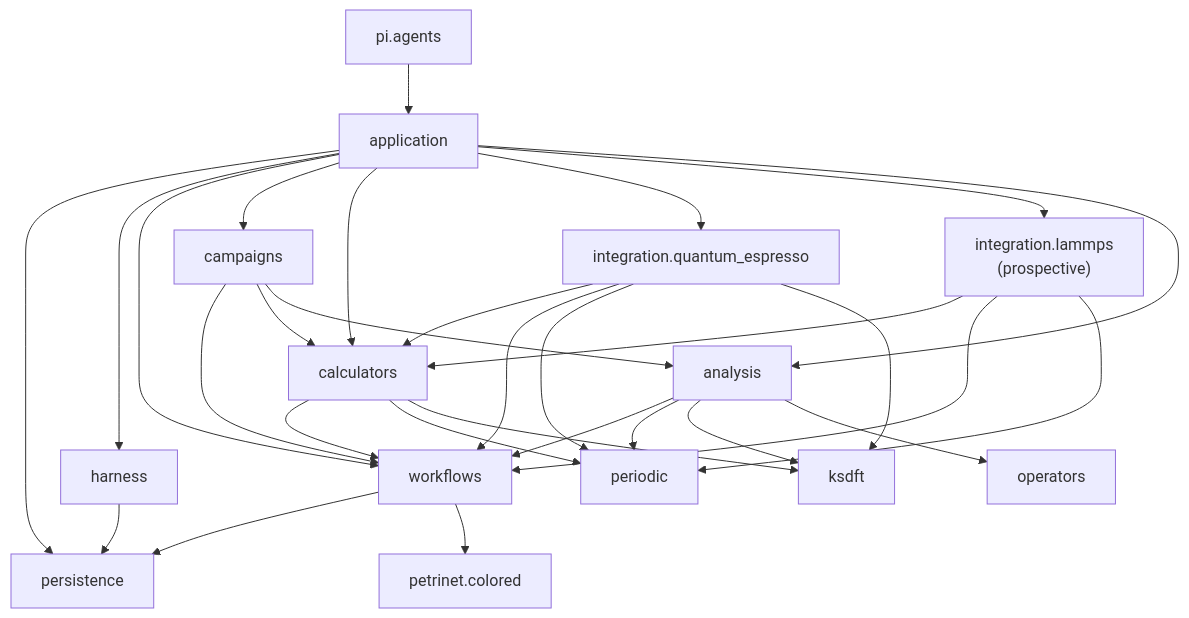
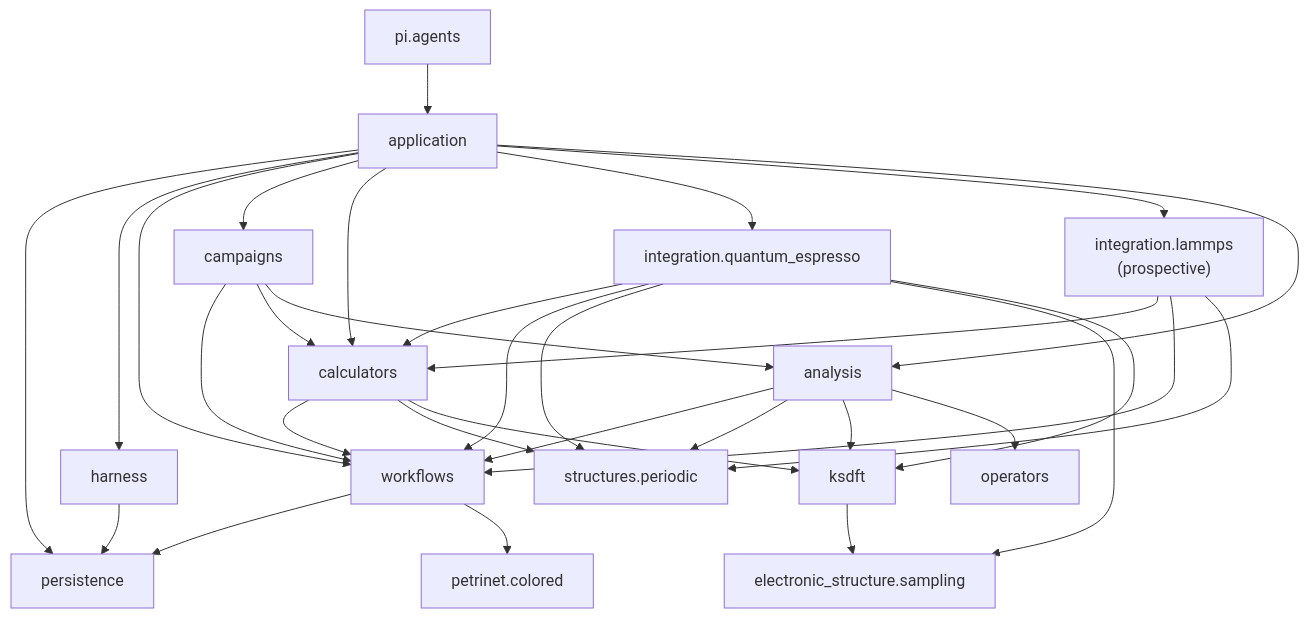
Before and after one commit to eragasa/ksdft2effmass: the diagram in docs/architecture/v2/ksdft2effmass/index.md, drawn with Mermaid. The commit also changed other lines of this file and 73 other files, not shown here.

Commit message:
Complete periodic structures migration

````diff
--- a/docs/architecture/v2/ksdft2effmass/index.md
+++ b/docs/architecture/v2/ksdft2effmass/index.md
@@ -9,47 +9,50 @@
 ```mermaid
 flowchart TB
     app["application"]
     persistence["persistence"]
     harness["harness"]
     workflows["workflows"]
     petrinet["petrinet.colored"]
     campaigns["campaigns"]
     calculators["calculators"]
     qe_integration["integration.quantum_espresso"]
     lammps_integration["integration.lammps<br/>(prospective)"]
-    periodic["periodic"]
+    structures["structures.periodic"]
+    sampling["electronic_structure.sampling"]
     ksdft["ksdft"]
     operators["operators"]
     analysis["analysis"]
     pi_agents["pi.agents"]
 
     pi_agents --> app
     app --> persistence
     app --> harness
     app --> workflows
     app --> campaigns
     app --> calculators
     app --> qe_integration
     app --> lammps_integration
     app --> analysis
     harness --> persistence
     workflows --> persistence
     workflows --> petrinet
     campaigns --> workflows
     campaigns --> calculators
     campaigns --> analysis
     calculators --> workflows
-    calculators --> periodic
+    calculators --> structures
     calculators --> ksdft
     qe_integration --> calculators
     qe_integration --> workflows
-    qe_integration --> periodic
+    qe_integration --> structures
+    qe_integration --> sampling
     qe_integration --> ksdft
     lammps_integration --> calculators
     lammps_integration --> workflows
-    lammps_integration --> periodic
+    lammps_integration --> structures
     analysis --> workflows
-    analysis --> periodic
+    analysis --> structures
     analysis --> ksdft
+    ksdft --> sampling
     analysis --> operators
 ```
````
